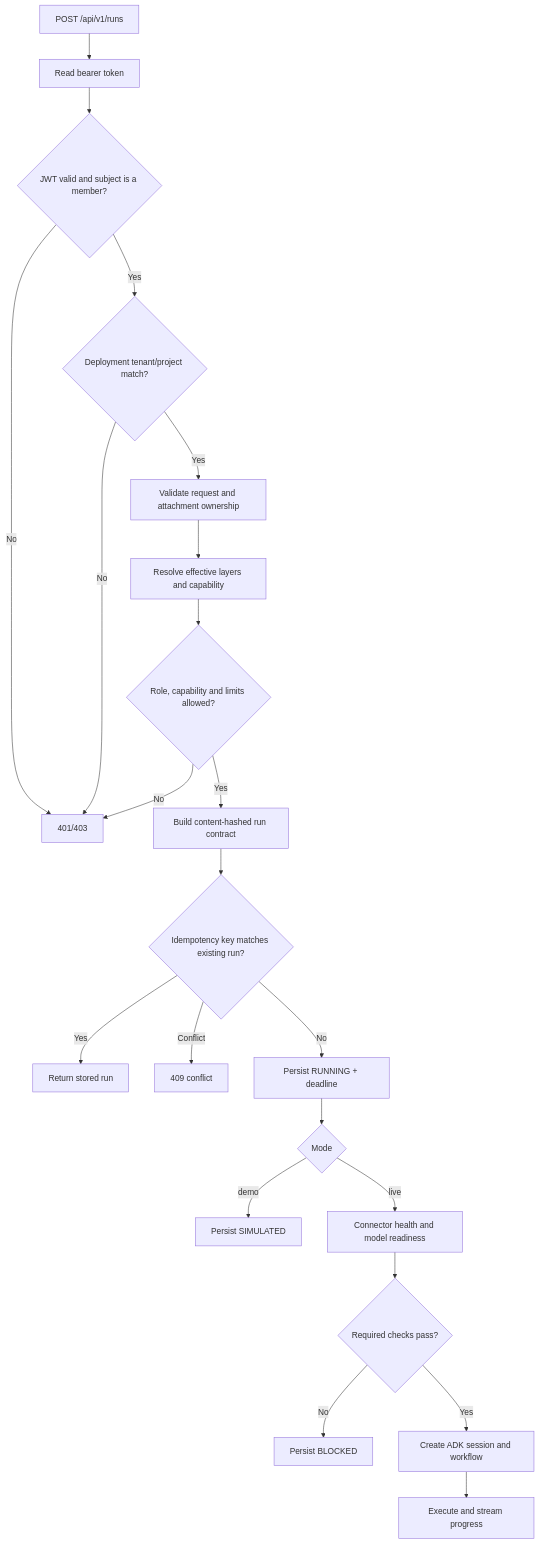
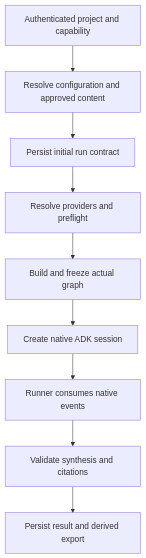
The first of 3 diagrams in docs/harness.md (BharathKumarAI/RCA-Analyzer), drawn with Mermaid before and after one commit. The commit also changed other lines of this file and 377 other files, not shown here.

Commit message:
feat(metrics): add unified SRE and platform metrics dashboard with modern interactive graphs and routing

````diff
--- a/docs/harness.md
+++ b/docs/harness.md
@@ -73,24 +22,20 @@
 ```mermaid
 flowchart TD
-    A[POST /api/v1/runs] --> B[Read bearer token]
-    B --> C{JWT valid and subject is a member?}
-    C -->|No| X[401/403]
-    C -->|Yes| D{Deployment tenant/project match?}
-    D -->|No| X
-    D -->|Yes| E[Validate request and attachment ownership]
-    E --> F[Resolve effective layers and capability]
-    F --> G{Role, capability and limits allowed?}
-    G -->|No| X
-    G -->|Yes| H[Build content-hashed run contract]
-    H --> I{Idempotency key matches existing run?}
-    I -->|Yes| J[Return stored run]
-    I -->|Conflict| K[409 conflict]
-    I -->|No| L[Persist RUNNING + deadline]
-    L --> M{Mode}
-    M -->|demo| N[Persist SIMULATED]
-    M -->|live| O[Connector health and model readiness]
-    O --> P{Required checks pass?}
-    P -->|No| Q[Persist BLOCKED]
-    P -->|Yes| R[Create ADK session and workflow]
-    R --> S[Execute and stream progress]
+  A[Authenticated project and capability] --> B[Resolve configuration and approved content]
+  B --> C[Persist initial run contract]
+  C --> D[Resolve providers and preflight]
+  D --> E[Build and freeze actual graph]
+  E --> F[Create native ADK session]
+  F --> G[Runner consumes native events]
+  G --> H[Validate synthesis and citations]
+  H --> I[Persist result and derived export]
+  click A "security.md#request-authorization" "Identity and capability checks"
+  click B "configuration.md#scope-and-precedence" "Configuration resolution"
+  click C "data-model.md#run-and-evidence-records" "Run records"
+  click D "connectors.md#runtime-resolution" "Provider resolution"
+  click E "harness.md#native-graph-compilation" "Graph compilation"
+  click F "harness.md#sessions-state-and-events" "Native session ownership"
+  click G "harness.md#tool-and-model-boundaries" "Execution boundaries"
+  click H "architecture.md#4-synthesis-and-terminal-state" "Result validation"
+  click I "data-model.md#storage-lifecycles" "Storage lifecycles"
 ```
````
